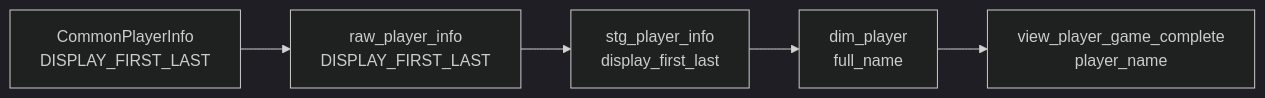
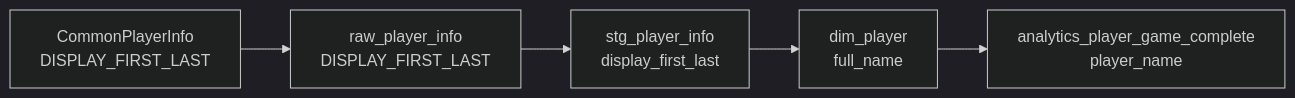
One commit to wyattowalsh/nbadb changed the third of 11 diagrams in docs/content/docs/lineage/column-lineage.mdx. Above: the diagram before and after it, drawn with Mermaid (dark theme). The commit also changed other lines of this file and 318 other files, not shown here.

````diff
--- a/docs/content/docs/lineage/column-lineage.mdx
+++ b/docs/content/docs/lineage/column-lineage.mdx
@@ -47,7 +95,7 @@
 ```mermaid
 flowchart LR
     A["CommonPlayerInfo\nDISPLAY_FIRST_LAST"] --> B["raw_player_info\nDISPLAY_FIRST_LAST"]
     B --> C["stg_player_info\ndisplay_first_last"]
     C --> D["dim_player\nfull_name"]
-    D --> E["view_player_game_complete\nplayer_name"]
+    D --> E["analytics_player_game_complete\nplayer_name"]
 ```
````
